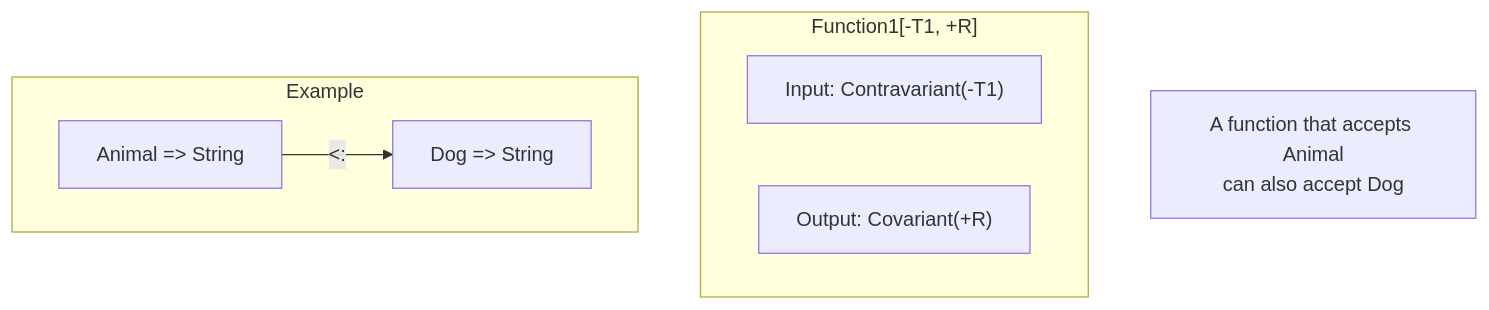
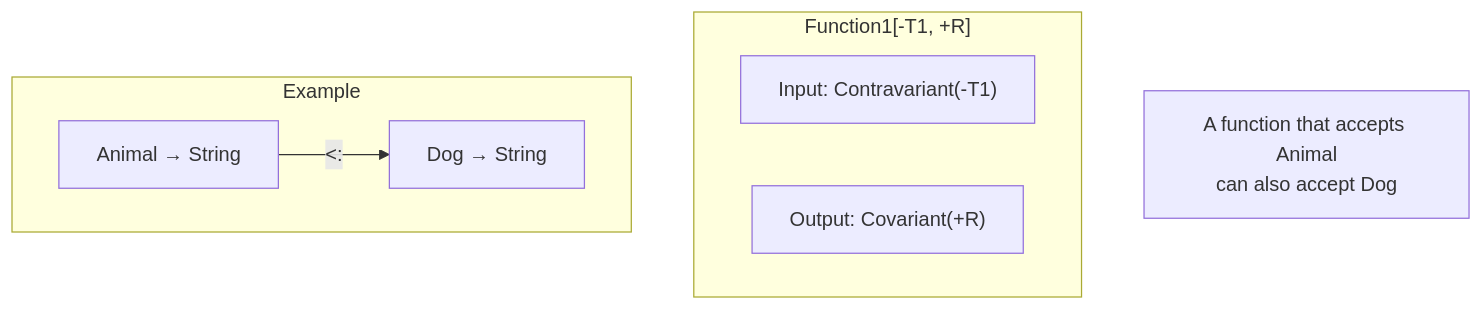
Before and after one commit to advanced-beginner/advanced-beginner.github.io: the second of 2 diagrams in content/en/scala/concepts/variance.md, drawn with Mermaid. The commit also changed other lines of this file and 59 other files, not shown here.

First line of the commit message:
fix: Mermaid 다이어그램 문법 오류 수정

````diff
--- a/content/en/scala/concepts/variance.md
+++ b/content/en/scala/concepts/variance.md
@@ -145,16 +145,16 @@
 ```mermaid
 graph TB
     subgraph "Function1[-T1, +R]"
         direction LR
         Input["Input: Contravariant(-T1)"]
         Output["Output: Covariant(+R)"]
     end
 
     subgraph "Example"
-        F1["Animal => String"]
-        F2["Dog => String"]
+        F1["Animal → String"]
+        F2["Dog → String"]
         F1 -->|"<:"| F2
     end
 
-    Note["A function that accepts Animal<br/>can also accept Dog"]
+    Note["A function that accepts Animal<br>can also accept Dog"]
 ```
````
